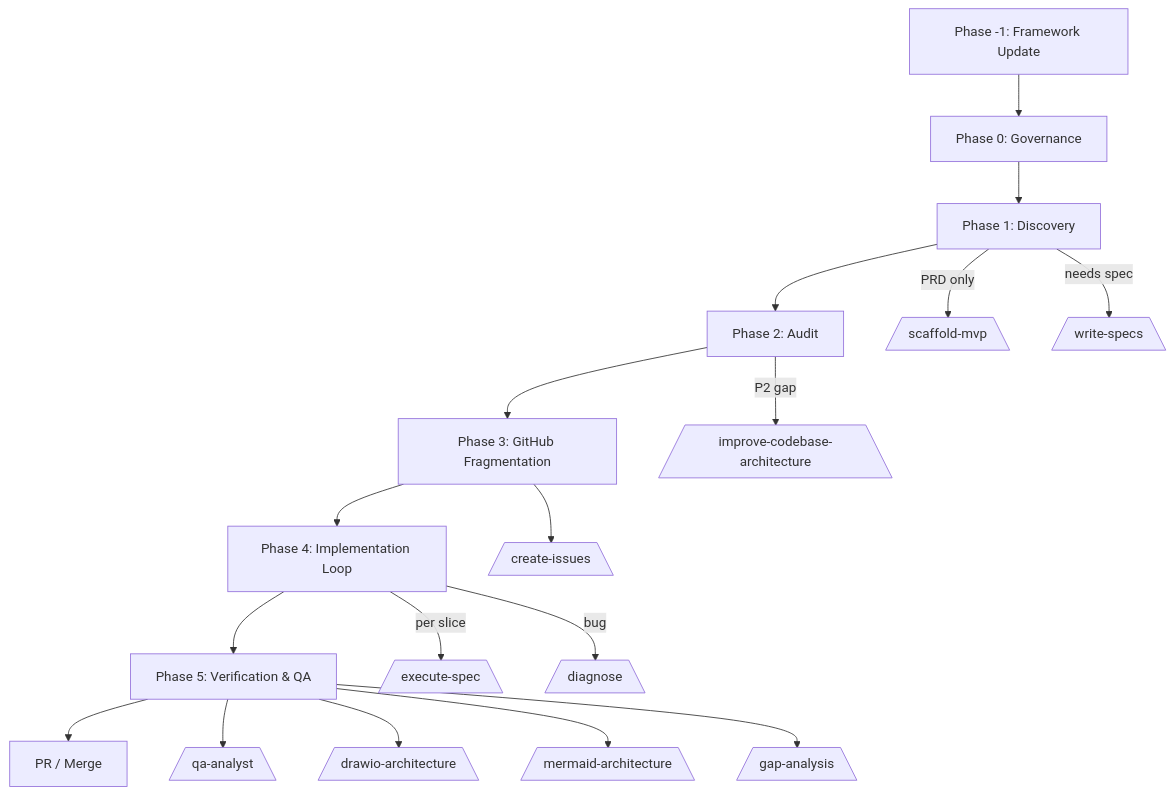
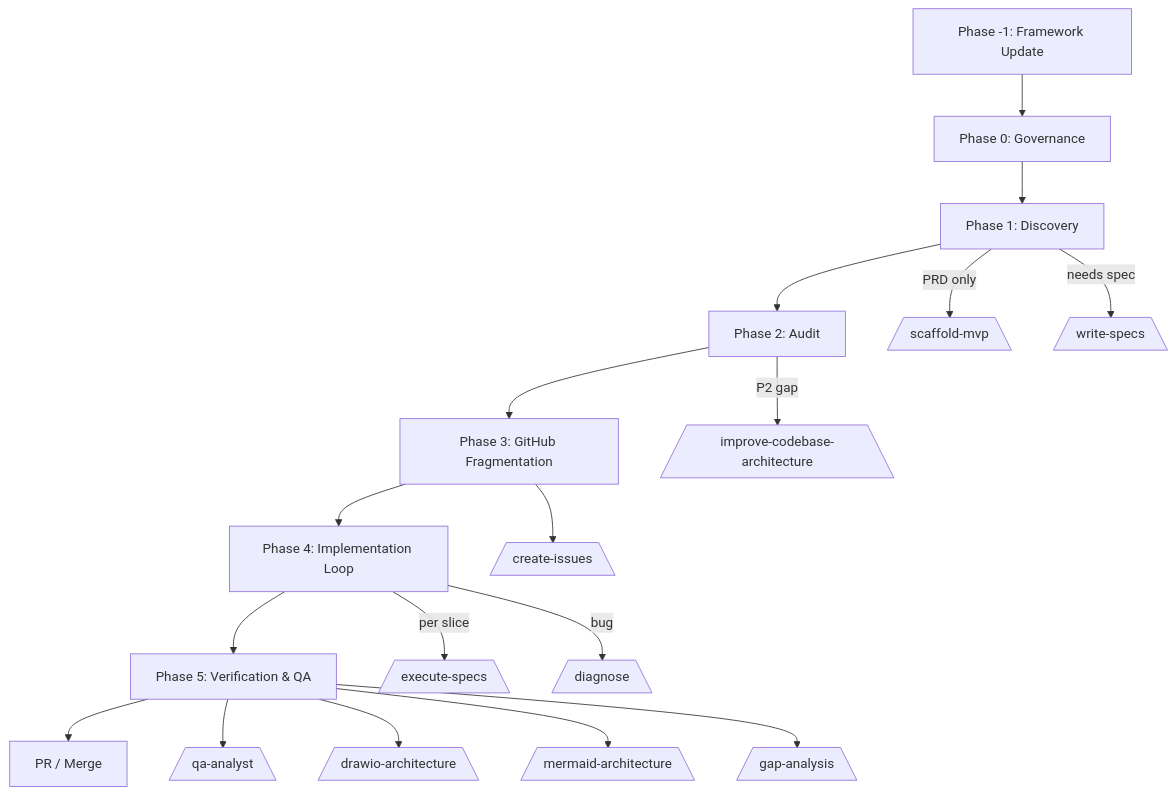
The diagram in README.md (afonsoft/skills), drawn with Mermaid before and after one commit. The commit also changed other lines of this file and 31 other files, not shown here.

First line of the commit message:
refactor: rename execute-spec skill to execute-specs

````diff
--- a/README.md
+++ b/README.md
@@ -27,21 +27,21 @@
 ```mermaid
 flowchart TD
     A[Phase -1: Framework Update] --> B[Phase 0: Governance]
     B --> C[Phase 1: Discovery]
     C --> D[Phase 2: Audit]
     D --> E[Phase 3: GitHub Fragmentation]
     E --> F[Phase 4: Implementation Loop]
     F --> G[Phase 5: Verification & QA]
     G --> H[PR / Merge]
 
     C -->|PRD only| I[/scaffold-mvp\]
     C -->|needs spec| J[/write-specs\]
     D -->|P2 gap| K[/improve-codebase-architecture\]
     E --> L[/create-issues\]
-    F -->|per slice| M[/execute-spec\]
+    F -->|per slice| M[/execute-specs\]
     F -->|bug| N[/diagnose\]
     G --> O[/qa-analyst\]
     G --> P[/drawio-architecture\]
     G --> Q[/mermaid-architecture\]
     G --> R[/gap-analysis\]
 ```
````
